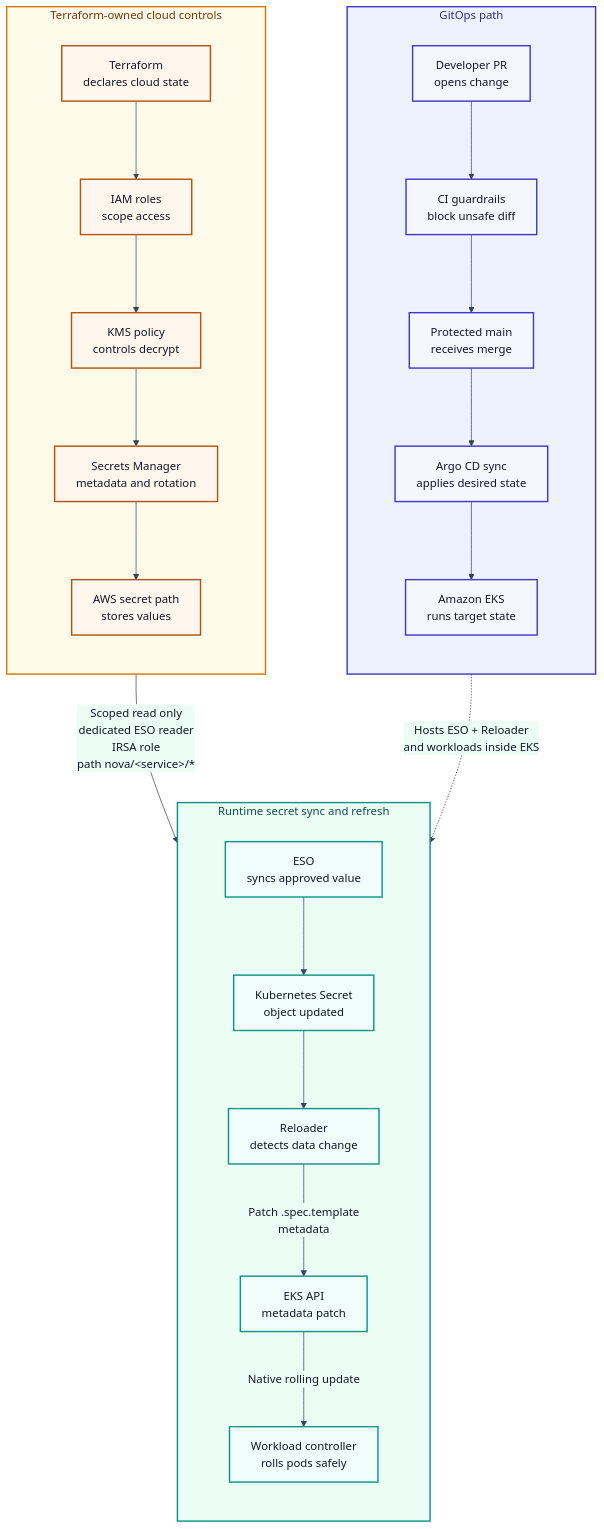
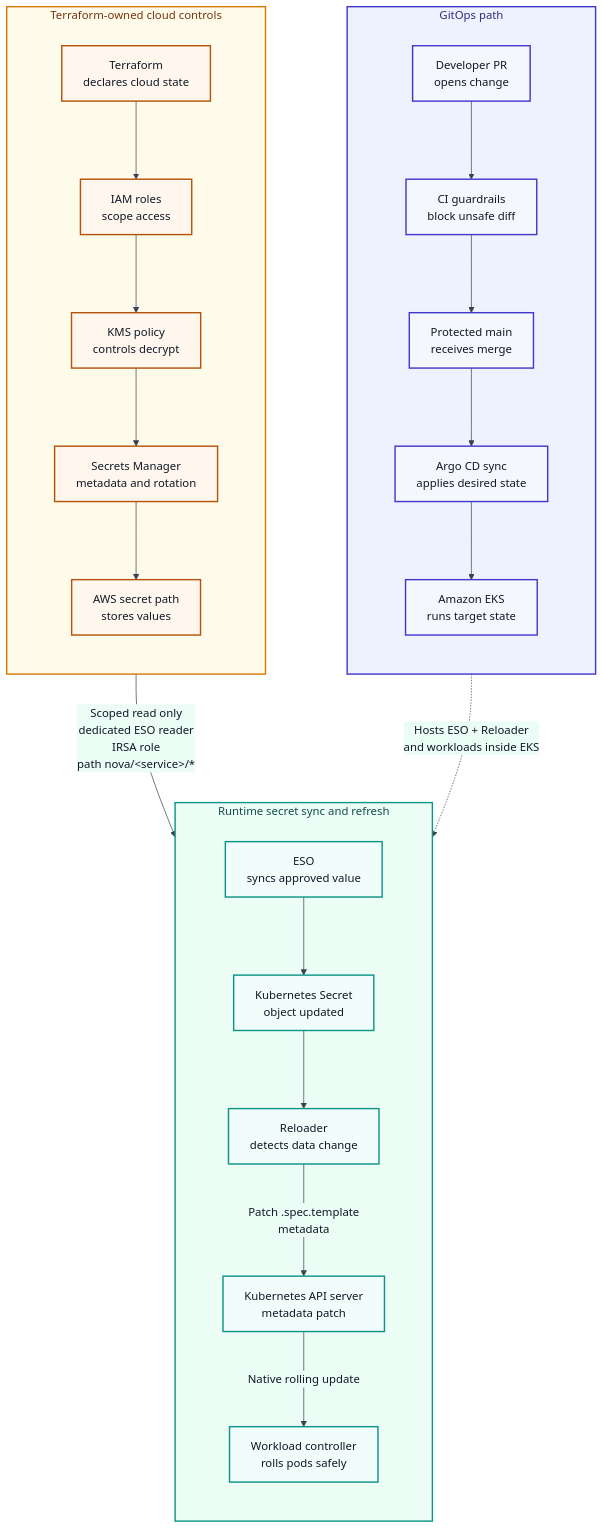
Before and after one commit to jslavin-docs/jslavin-docs.github.io: the diagram in docs/writing-samples/novadeploy-gitops-admin-guide-portfolio-cut.md, drawn with Mermaid. The commit also changed other lines of this file and 2 other files, not shown here.

````diff
--- a/docs/writing-samples/novadeploy-gitops-admin-guide-portfolio-cut.md
+++ b/docs/writing-samples/novadeploy-gitops-admin-guide-portfolio-cut.md
@@ -82,48 +79,48 @@
 ```mermaid
 %%{init: {"theme": "base", "flowchart": {"htmlLabels": true, "nodeSpacing": 115, "rankSpacing": 85, "curve": "basis"}, "themeVariables": {"fontFamily": "Roboto, Arial, sans-serif", "fontSize": "16px", "primaryTextColor": "#111827", "secondaryTextColor": "#111827", "tertiaryTextColor": "#111827", "lineColor": "#374151", "edgeLabelBackground": "#ecfdf5"}}}%%
 flowchart TD
   subgraph gitops["GitOps path"]
     direction TB
     pr["Developer PR<br/>opens change"]
     ci["CI guardrails<br/>block unsafe diff"]
     main["Protected main<br/>receives merge"]
     argocd["Argo CD sync<br/>applies desired state"]
     eks["Amazon EKS<br/>runs target state"]
     pr --> ci --> main --> argocd --> eks
   end
 
   subgraph cloud["Terraform-owned cloud controls"]
     direction TB
     tf["Terraform<br/>declares cloud state"]
     iam["IAM roles<br/>scope access"]
     kms["KMS policy<br/>controls decrypt"]
     smMeta["Secrets Manager<br/>metadata and rotation"]
     sm["AWS secret path<br/>stores values"]
     tf --> iam --> kms --> smMeta --> sm
   end
 
   subgraph runtime["Runtime secret sync and refresh"]
     direction TB
     eso["ESO<br/>syncs approved value"]
     k8sSecret["Kubernetes Secret<br/>object updated"]
     reloader["Reloader<br/>detects data change"]
-    apiPatch["EKS API<br/>metadata patch"]
+    apiPatch["Kubernetes API server<br/>metadata patch"]
     rollout["Workload controller<br/>rolls pods safely"]
     eso --> k8sSecret --> reloader
     reloader -->|"Patch .spec.template<br/>metadata"| apiPatch
     apiPatch -->|"Native rolling update"| rollout
   end
 
   eks -. "Hosts ESO + Reloader<br/>and workloads inside EKS" .-> eso
   sm -->|"Scoped read only<br/>dedicated ESO reader<br/>IRSA role<br/>path nova/&lt;service&gt;/*"| eso
 
   style gitops fill:#eef2ff,stroke:#4338ca,stroke-width:2px,color:#312e81
   style cloud fill:#fffbeb,stroke:#d97706,stroke-width:2px,color:#78350f
   style runtime fill:#ecfdf5,stroke:#0d9488,stroke-width:2px,color:#134e4a
   classDef gitopsNode fill:#f5f7ff,stroke:#4338ca,color:#111827,stroke-width:2px
   classDef cloudNode fill:#fff7ed,stroke:#b45309,color:#111827,stroke-width:2px
   classDef runtimeNode fill:#f0fdfa,stroke:#0d9488,color:#111827,stroke-width:2px
   class pr,ci,main,argocd,eks gitopsNode
   class tf,iam,kms,smMeta,sm cloudNode
   class eso,k8sSecret,reloader,apiPatch,rollout runtimeNode
 ```
````
